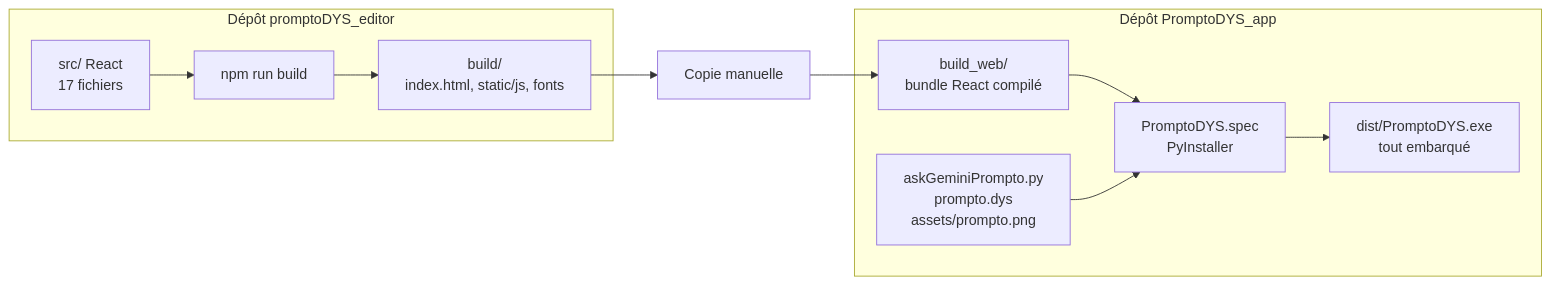
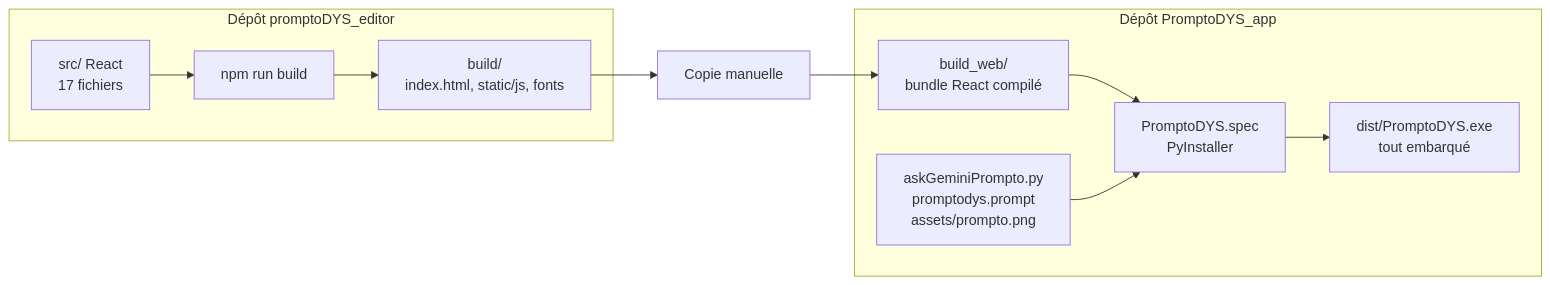
Before and after one commit to lecinquiemejour-code/PromptoDYS_app: the fifth of 5 diagrams in doc/ARCHITECTURE.md, drawn with Mermaid. The commit also changed other lines of this file and 4 other files, not shown here.

````diff
--- a/doc/ARCHITECTURE.md
+++ b/doc/ARCHITECTURE.md
@@ -260,23 +260,23 @@
 ```mermaid
 flowchart LR
     subgraph ED["Dépôt promptoDYS_editor"]
         SRC["src/ React<br/>17 fichiers"]
         BUILD["npm run build"]
         OUT["build/<br/>index.html, static/js, fonts"]
         SRC --> BUILD --> OUT
     end
 
     COPY["Copie manuelle"]
 
     subgraph APP["Dépôt PromptoDYS_app"]
         WEB["build_web/<br/>bundle React compilé"]
-        PYS["askGeminiPrompto.py<br/>prompto.dys<br/>assets/prompto.png"]
+        PYS["askGeminiPrompto.py<br/>promptodys.prompt<br/>assets/prompto.png"]
         SPEC["PromptoDYS.spec<br/>PyInstaller"]
         EXE["dist/PromptoDYS.exe<br/>tout embarqué"]
         WEB --> SPEC
         PYS --> SPEC
         SPEC --> EXE
     end
 
     OUT --> COPY --> WEB
 ```
````
